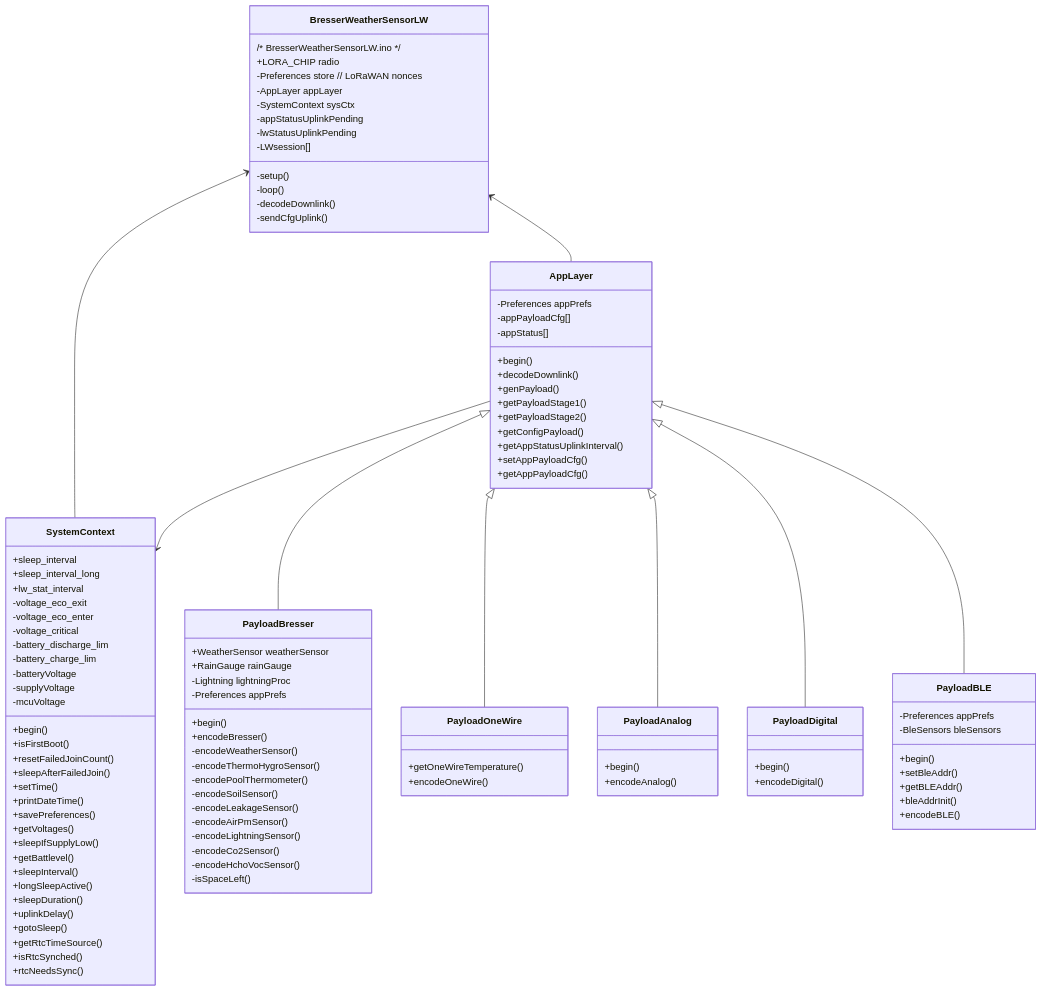
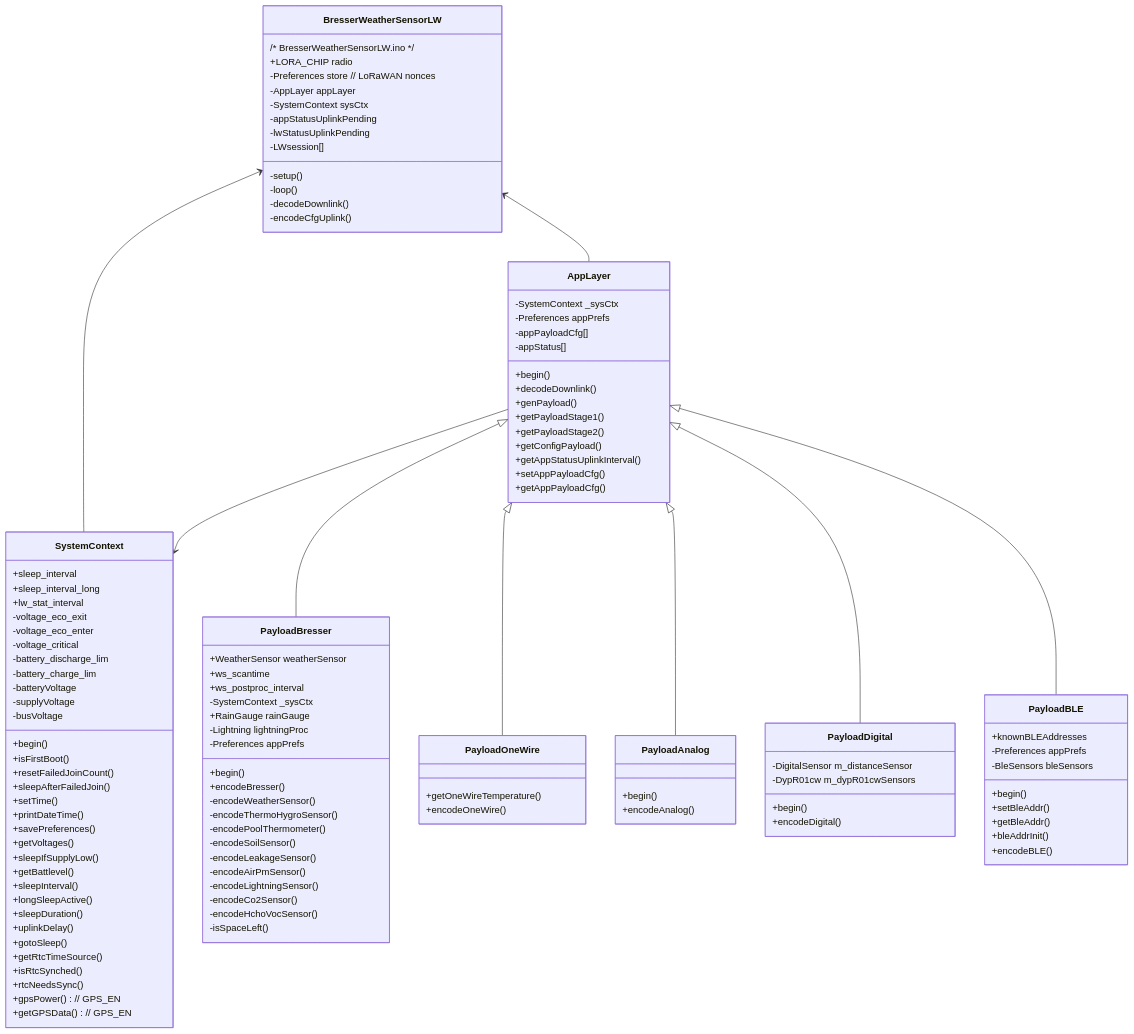
Before and after one commit to matthias-bs/BresserWeatherSensorLW: the diagram in README.md, drawn with Mermaid. The commit also changed other lines of this file and 8 other files, not shown here.

```diff
--- a/README.md
+++ b/README.md
@@ -1060,13 +1071,16 @@
         -setup()
         -loop()
         -decodeDownlink()
-        -sendCfgUplink()
+        -encodeCfgUplink()
     }
     BresserWeatherSensorLW <-- AppLayer
     BresserWeatherSensorLW <-- SystemContext
     AppLayer --> SystemContext
 
     class SystemContext {
+        +sleep_interval
+        +sleep_interval_long
+        +lw_stat_interval
         +begin()
         +isFirstBoot()
         +resetFailedJoinCount()
@@ -1085,9 +1099,8 @@
         +getRtcTimeSource()
         +isRtcSynched()
         +rtcNeedsSync()
-        +sleep_interval
-        +sleep_interval_long
-        +lw_stat_interval
+        +gpsPower() // GPS_EN
+        +getGPSData() // GPS_EN
         -voltage_eco_exit
         -voltage_eco_enter
         -voltage_critical
@@ -1095,10 +1108,11 @@
         -battery_charge_lim
         -batteryVoltage
         -supplyVoltage
-        -mcuVoltage
+        -busVoltage
     }
 
     class AppLayer {
+        -SystemContext _sysCtx
         -Preferences appPrefs
         -appPayloadCfg[]
         -appStatus[]
@@ -1118,8 +1132,11 @@
     AppLayer <|-- PayloadDigital
     AppLayer <|-- PayloadBLE
 
-    class PayloadBresser{
+    class PayloadBresser {
         +WeatherSensor weatherSensor
+        +ws_scantime
+        +ws_postproc_interval
+        -SystemContext _sysCtx
         +RainGauge rainGauge
         -Lightning lightningProc
         -Preferences appPrefs
@@ -1136,24 +1153,27 @@
         -encodeHchoVocSensor()
         -isSpaceLeft()
     }
-    class PayloadOneWire{
+    class PayloadOneWire {
         +getOneWireTemperature()
         +encodeOneWire()
     }
-    class PayloadAnalog{
+    class PayloadAnalog {
         +begin()
         +encodeAnalog()
     }
     class PayloadDigital {
         +begin()
         +encodeDigital()
+        -DigitalSensor m_distanceSensor
+        -DypR01cw m_dypR01cwSensors
     }
     class PayloadBLE {
+        +knownBLEAddresses
         -Preferences appPrefs
         -BleSensors bleSensors
         +begin()
         +setBleAddr()
-        +getBLEAddr()
+        +getBleAddr()
         +bleAddrInit()
         +encodeBLE()
     }
```
